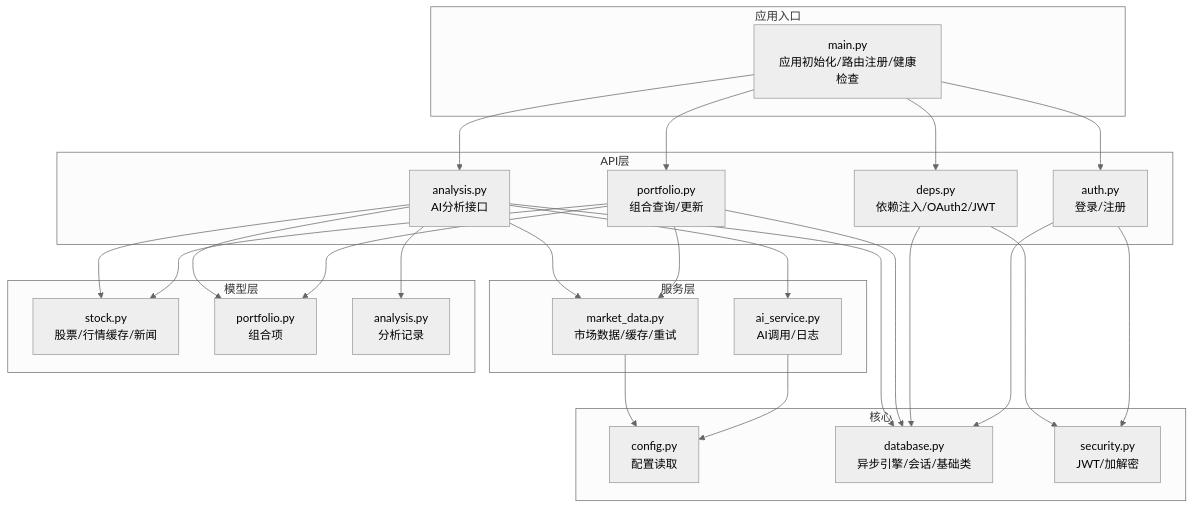
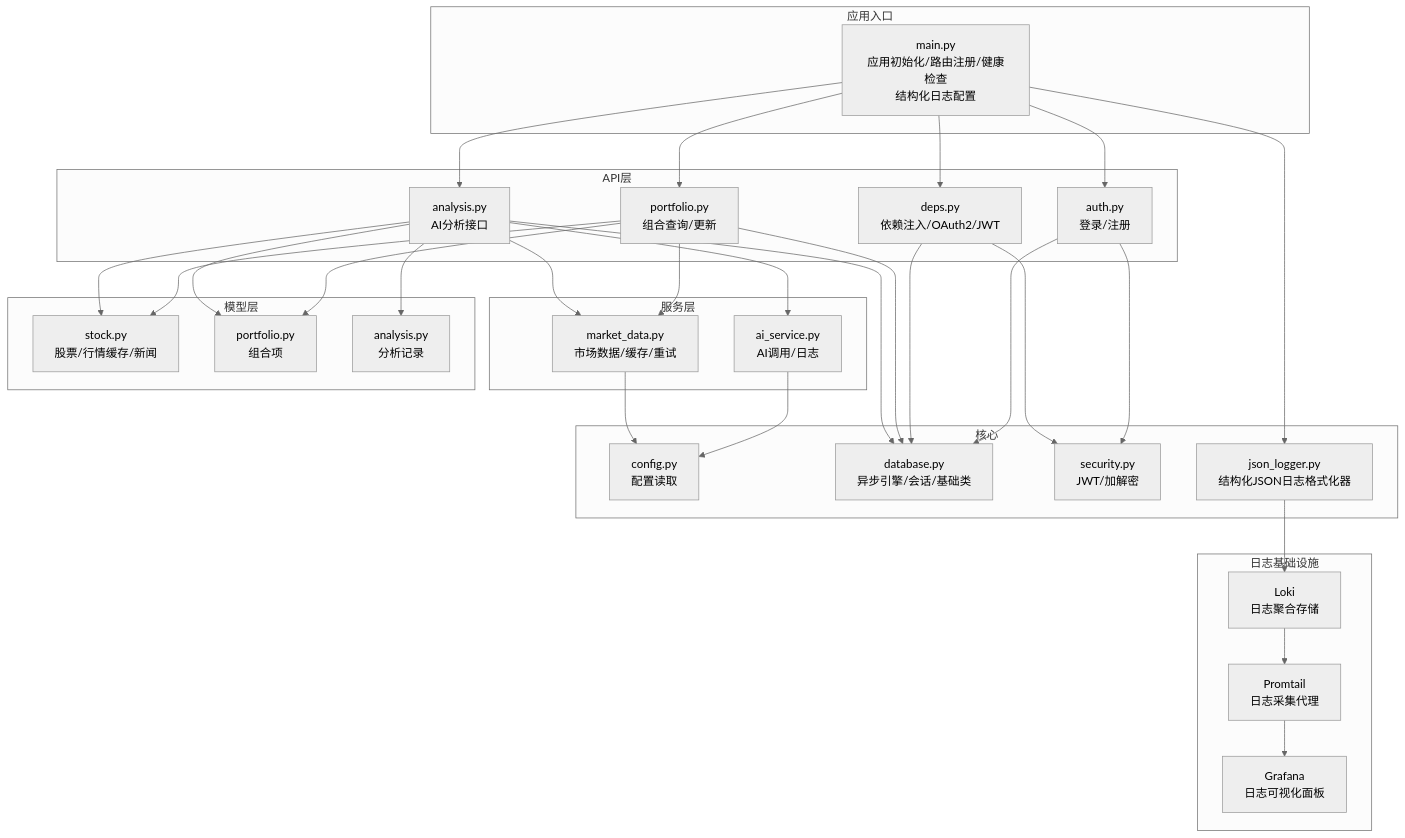
The first of 5 diagrams in .qoder/repowiki/zh/content/部署与运维/监控与日志管理.md (breeze-lyf/ai-stock-advisor), drawn with Mermaid (neutral theme) before and after one commit. The commit also changed other lines of this file and 43 other files, not shown here.

````diff
--- a/.qoder/repowiki/zh/content/部署与运维/监控与日志管理.md
+++ b/.qoder/repowiki/zh/content/部署与运维/监控与日志管理.md
@@ -55,46 +71,56 @@
 ```mermaid
 graph TB
 subgraph "应用入口"
-M["main.py<br/>应用初始化/路由注册/健康检查"]
+M["main.py<br/>应用初始化/路由注册/健康检查<br/>结构化日志配置"]
 end
 subgraph "核心"
 C["config.py<br/>配置读取"]
 D["database.py<br/>异步引擎/会话/基础类"]
 S["security.py<br/>JWT/加解密"]
+J["json_logger.py<br/>结构化JSON日志格式化器"]
 end
 subgraph "API层"
 A1["auth.py<br/>登录/注册"]
 A2["deps.py<br/>依赖注入/OAuth2/JWT"]
 P1["portfolio.py<br/>组合查询/更新"]
 A3["analysis.py<br/>AI分析接口"]
 end
 subgraph "服务层"
 SV1["ai_service.py<br/>AI调用/日志"]
 SV2["market_data.py<br/>市场数据/缓存/重试"]
 end
 subgraph "模型层"
 MD1["stock.py<br/>股票/行情缓存/新闻"]
 MD2["portfolio.py<br/>组合项"]
 MD3["analysis.py<br/>分析记录"]
+end
+subgraph "日志基础设施"
+L["Loki<br/>日志聚合存储"]
+PT["Promtail<br/>日志采集代理"]
+G["Grafana<br/>日志可视化面板"]
 end
 M --> A1
 M --> A2
 M --> P1
 M --> A3
 A1 --> D
 A2 --> D
 P1 --> D
 A3 --> D
 A1 --> S
 A2 --> S
 P1 --> SV2
 A3 --> SV1
 A3 --> SV2
 SV1 --> C
 SV2 --> C
 P1 --> MD1
 P1 --> MD2
 A3 --> MD1
 A3 --> MD2
 A3 --> MD3
+M --> J
+J --> L
+L --> PT
+PT --> G
 ```
````
